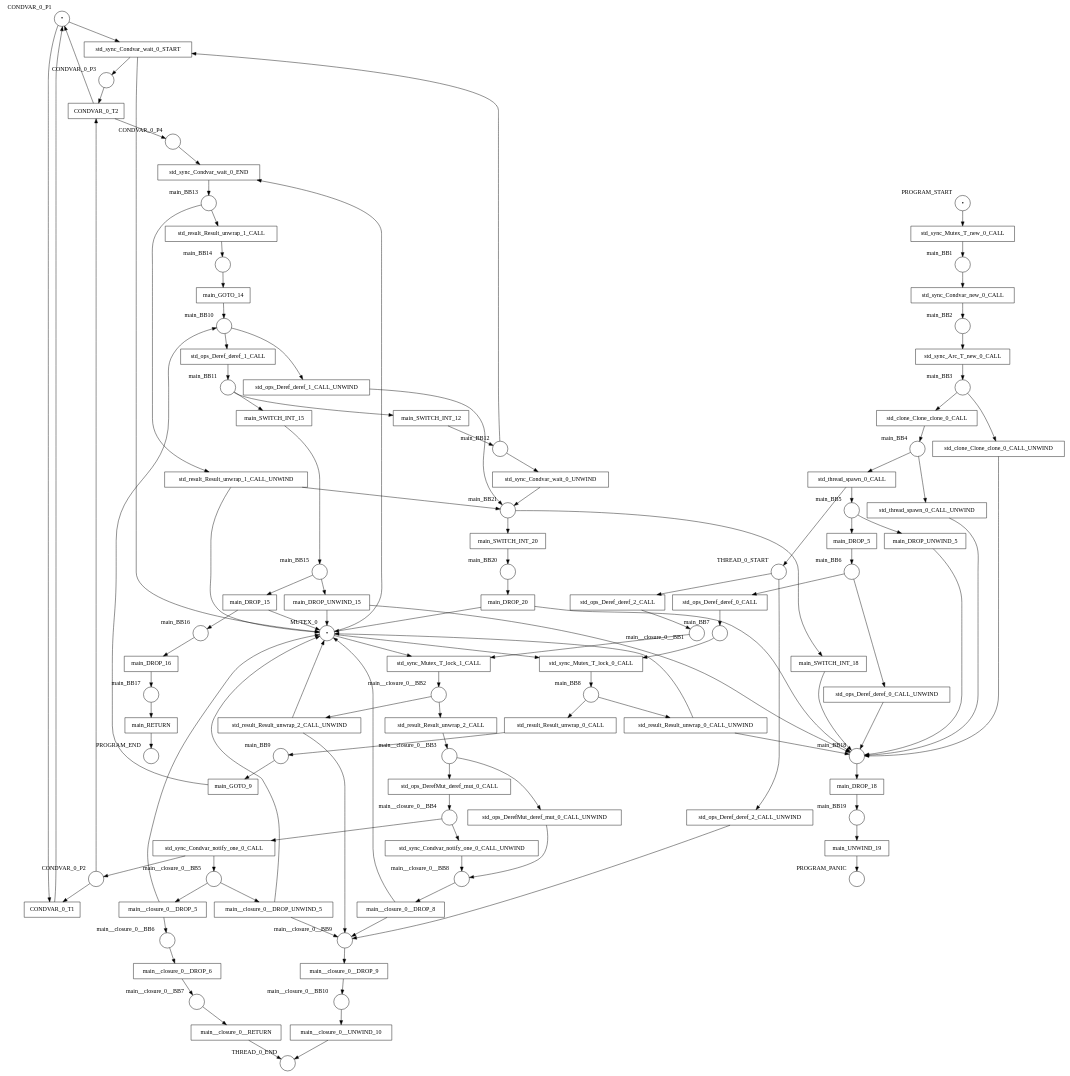
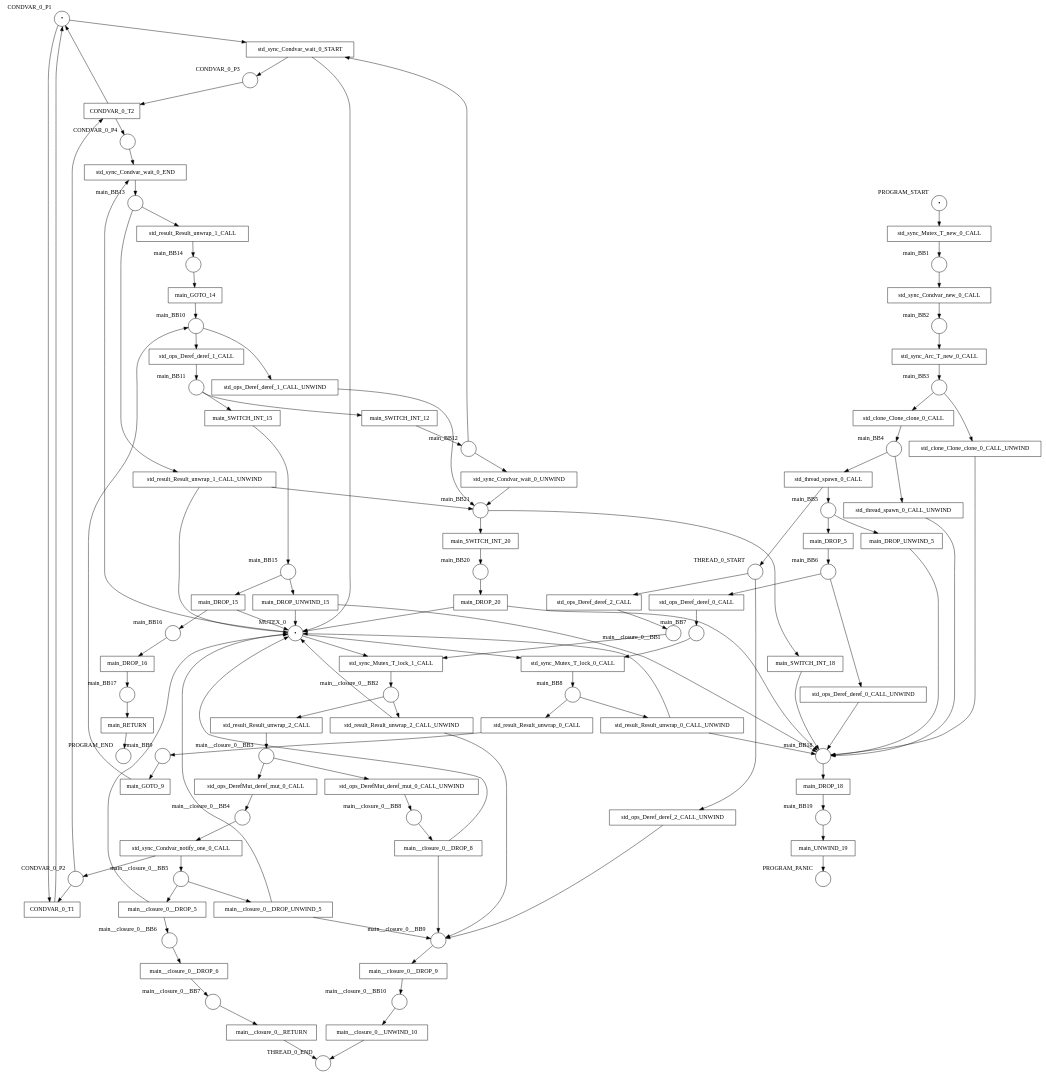
One commit to hlisdero/cargo-check-deadlock changed the diagram in examples/results/condvar/two_threads_sharing_condvar/net.dot. Above: the diagram before and after it, drawn with Graphviz. The commit also changed 6 other files, not shown here.

First line of the commit message:
Assume that `notify_one` never unwinds

```diff
--- a/examples/results/condvar/two_threads_sharing_condvar/net.dot
+++ b/examples/results/condvar/two_threads_sharing_condvar/net.dot
@@ -83,7 +83,6 @@
     std_sync_Arc_T_new_0_CALL [shape="box" xlabel="" label="std_sync_Arc_T_new_0_CALL"];
     std_sync_Condvar_new_0_CALL [shape="box" xlabel="" label="std_sync_Condvar_new_0_CALL"];
     std_sync_Condvar_notify_one_0_CALL [shape="box" xlabel="" label="std_sync_Condvar_notify_one_0_CALL"];
-    std_sync_Condvar_notify_one_0_CALL_UNWIND [shape="box" xlabel="" label="std_sync_Condvar_notify_one_0_CALL_UNWIND"];
     std_sync_Condvar_wait_0_END [shape="box" xlabel="" label="std_sync_Condvar_wait_0_END"];
     std_sync_Condvar_wait_0_START [shape="box" xlabel="" label="std_sync_Condvar_wait_0_START"];
     std_sync_Condvar_wait_0_UNWIND [shape="box" xlabel="" label="std_sync_Condvar_wait_0_UNWIND"];
@@ -143,7 +142,6 @@
     main__closure_0__BB3 -> std_ops_DerefMut_deref_mut_0_CALL;
     main__closure_0__BB3 -> std_ops_DerefMut_deref_mut_0_CALL_UNWIND;
     main__closure_0__BB4 -> std_sync_Condvar_notify_one_0_CALL;
-    main__closure_0__BB4 -> std_sync_Condvar_notify_one_0_CALL_UNWIND;
     main__closure_0__BB5 -> main__closure_0__DROP_5;
     main__closure_0__BB5 -> main__closure_0__DROP_UNWIND_5;
     main__closure_0__BB6 -> main__closure_0__DROP_6;
@@ -204,7 +202,6 @@
     std_sync_Condvar_new_0_CALL -> main_BB2;
     std_sync_Condvar_notify_one_0_CALL -> CONDVAR_0_P2;
     std_sync_Condvar_notify_one_0_CALL -> main__closure_0__BB5;
-    std_sync_Condvar_notify_one_0_CALL_UNWIND -> main__closure_0__BB8;
     std_sync_Condvar_wait_0_END -> main_BB13;
     std_sync_Condvar_wait_0_START -> CONDVAR_0_P3;
     std_sync_Condvar_wait_0_START -> MUTEX_0;
```
